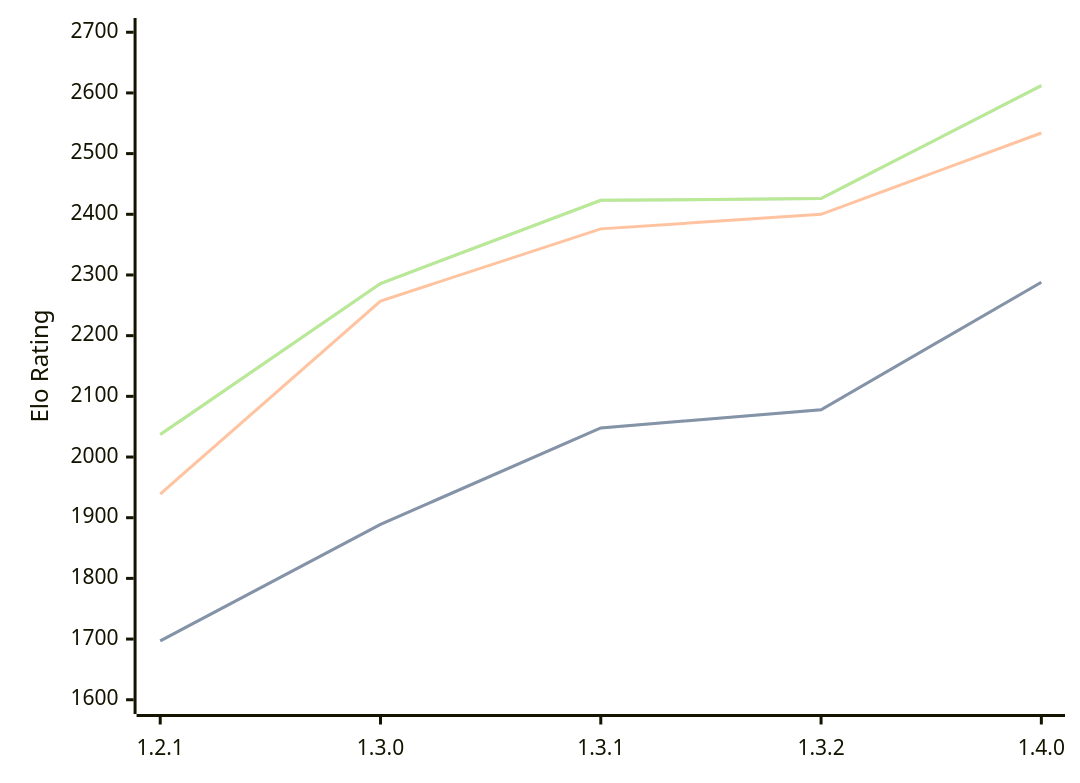
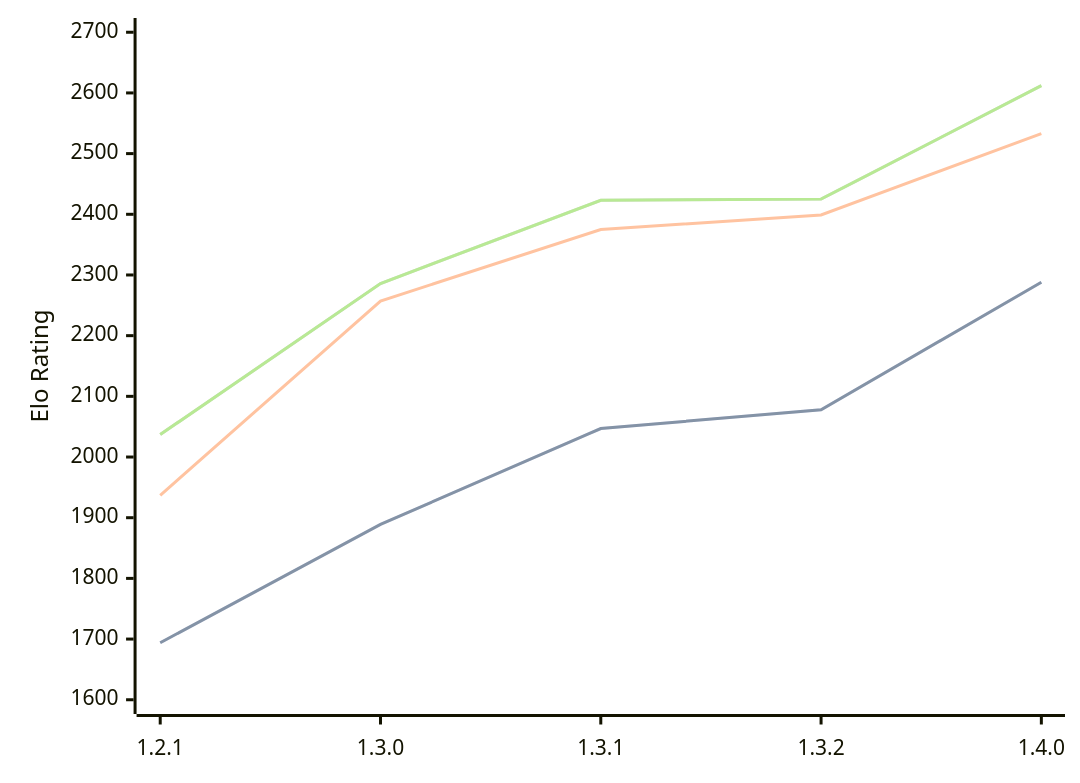
One commit to computer-chess-index/cci changed the diagram in engines/Chal.md. Above: the diagram before and after it, drawn with Mermaid. The commit also changed other lines of this file, not shown here.

Commit message:
Update CCI Ratings (ELO VLTC) - 2026-04-17

````diff
--- a/engines/Chal.md
+++ b/engines/Chal.md
@@ -38,11 +38,11 @@
 ```mermaid
 %%{init: {"theme":"base","themeVariables":{"seriesColors:['#a3a3a3','#222221','#faa371']}}}%%
 xychart-beta
   x-axis ["1.2.1", "1.3.0", "1.3.1", "1.3.2", "1.4.0"]
   y-axis "Elo Rating" 1600 --> 2700
-  line "STC (8.0+0.08s)" [1697, 1889, 2048, 2078, 2288]
-  line "STC (8.0+0.08s)" [1697, 1889, 2048, 2078, 2288]
-  line "LTC (60.0+0.60s)" [1939, 2257, 2376, 2400, 2534]
-  line "VLTC (2m24s+1.12s)" [2037, 2286, 2423, 2426, 2612]
-  line "VLTC (2m24s+1.12s)" [2037, 2286, 2423, 2426, 2612]
+  line "STC (8.0+0.08s)" [1694, 1889, 2047, 2078, 2288]
+  line "STC (8.0+0.08s)" [1694, 1889, 2047, 2078, 2288]
+  line "LTC (60.0+0.60s)" [1937, 2257, 2375, 2399, 2533]
+  line "VLTC (2m24s+1.12s)" [2037, 2286, 2423, 2425, 2612]
+  line "VLTC (2m24s+1.12s)" [2037, 2286, 2423, 2425, 2612]
 ```
````
